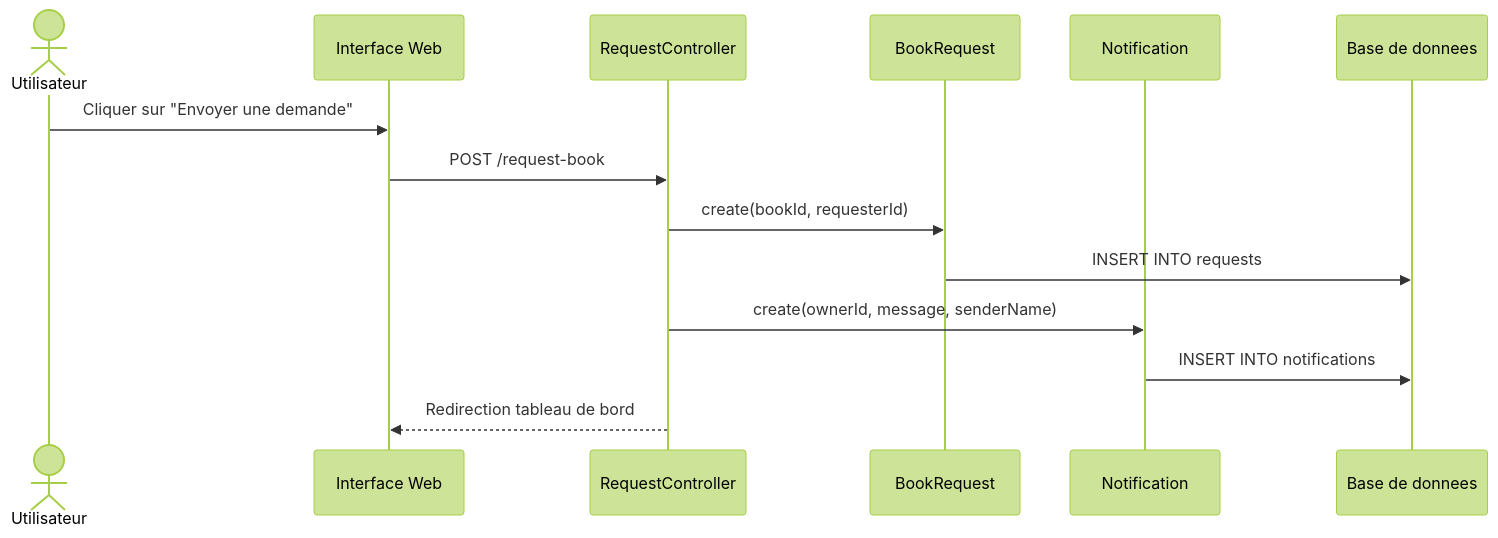
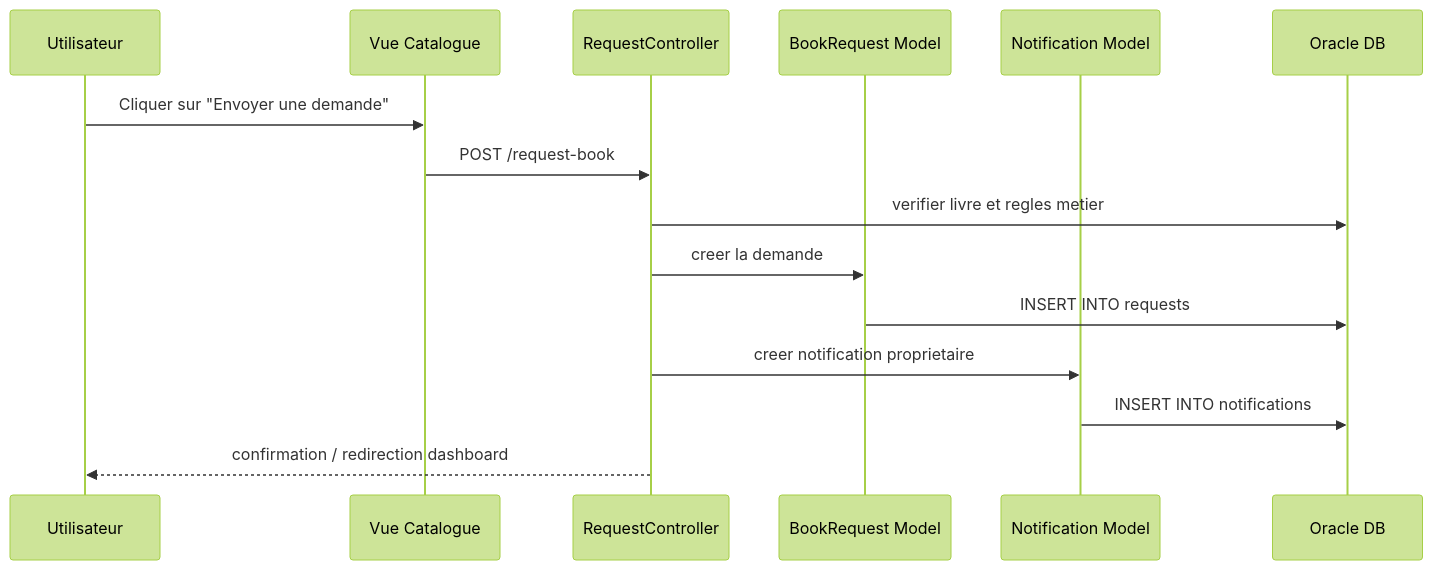
Before and after one commit to MrTBK/bookcycle-tunisia: the fourth of 5 diagrams in RPA_AGL_DIAGRAMMES_ET_SECTIONS.md, drawn with Mermaid (forest theme). The commit also changed other lines of this file and 12 other files, not shown here.

````diff
--- a/RPA_AGL_DIAGRAMMES_ET_SECTIONS.md
+++ b/RPA_AGL_DIAGRAMMES_ET_SECTIONS.md
@@ -404,17 +373,18 @@
 ```mermaid
 sequenceDiagram
-    actor U as Utilisateur
-    participant W as Interface Web
+    participant U as Utilisateur
+    participant V as Vue Catalogue
     participant C as RequestController
-    participant M as BookRequest
-    participant N as Notification
-    participant DB as Base de donnees
+    participant M as BookRequest Model
+    participant N as Notification Model
+    participant DB as Oracle DB
 
-    U->>W: Cliquer sur "Envoyer une demande"
-    W->>C: POST /request-book
-    C->>M: create(bookId, requesterId)
+    U->>V: Cliquer sur "Envoyer une demande"
+    V->>C: POST /request-book
+    C->>DB: verifier livre et regles metier
+    C->>M: creer la demande
     M->>DB: INSERT INTO requests
-    C->>N: create(ownerId, message, senderName)
+    C->>N: creer notification proprietaire
     N->>DB: INSERT INTO notifications
-    C-->>W: Redirection tableau de bord
+    C-->>U: confirmation / redirection dashboard
 ```
````
